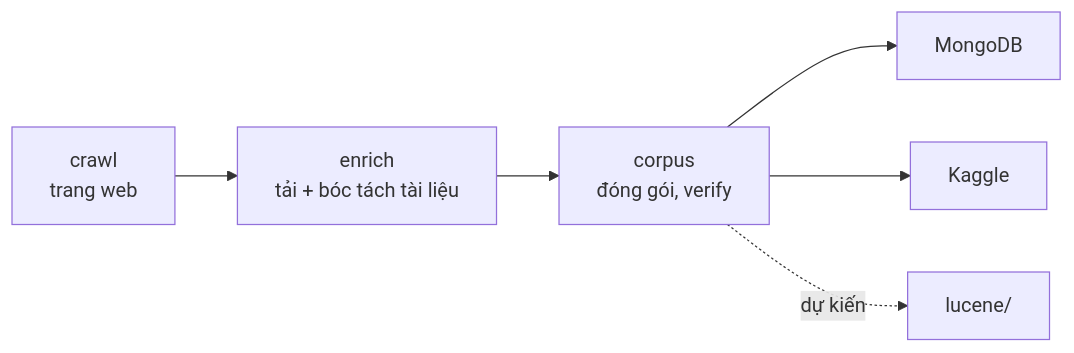
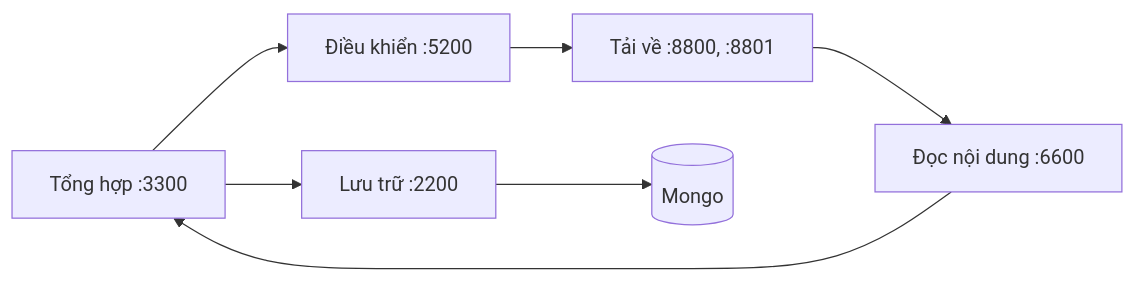
The diagram in data_pipeline/README.md (doanan293/WebCorpusPipeline), drawn with Mermaid before and after one commit. The commit also changed other lines of this file and 193 other files, not shown here.

First line of the commit message:
refactor!: remove batch crawl and enrich; document the services

````diff
--- a/data_pipeline/README.md
+++ b/data_pipeline/README.md
@@ -8,8 +8,8 @@
 ```mermaid
 flowchart LR
-    A["crawl<br/>trang web"] --> B["enrich<br/>tải + bóc tách tài liệu"]
-    B --> C["corpus<br/>đóng gói, verify"]
-    C --> D["MongoDB"]
-    C --> E["Kaggle"]
-    C -. "dự kiến" .-> F["lucene/"]
+    AGG["Tổng hợp :3300"] --> CTRL["Điều khiển :5200"]
+    CTRL --> F["Tải về :8800, :8801"]
+    F --> P["Đọc nội dung :6600"]
+    P --> AGG
+    AGG --> S["Lưu trữ :2200"] --> M[("Mongo")]
 ```
````
